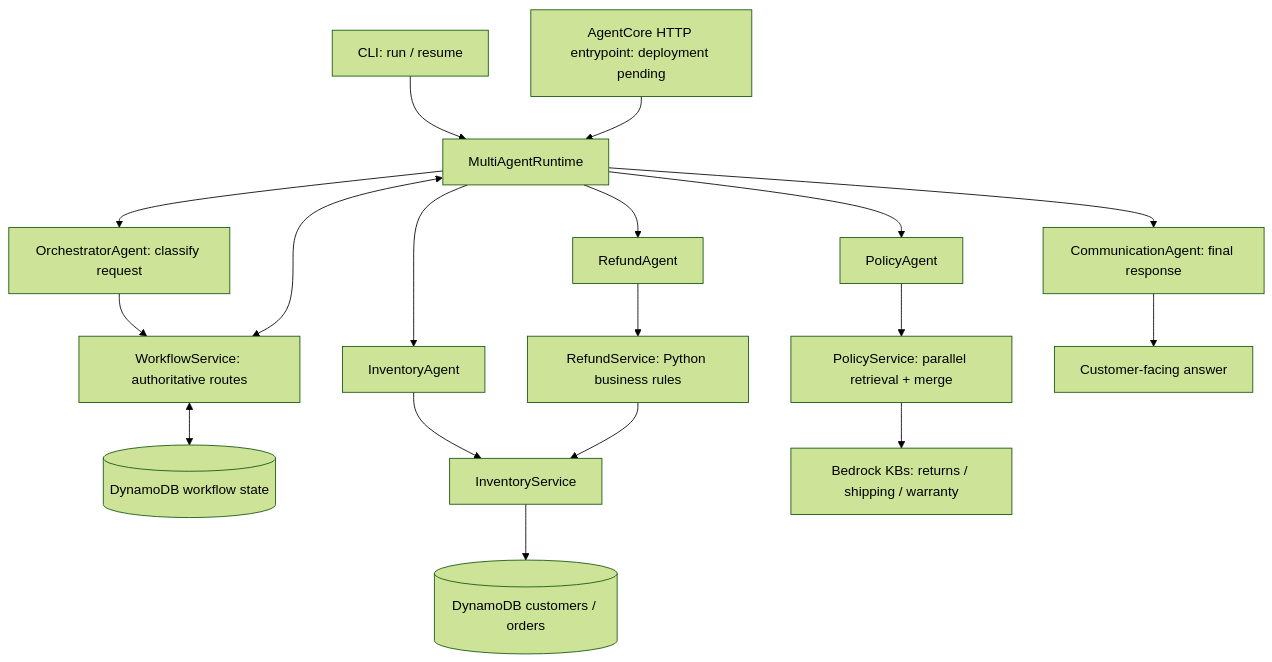
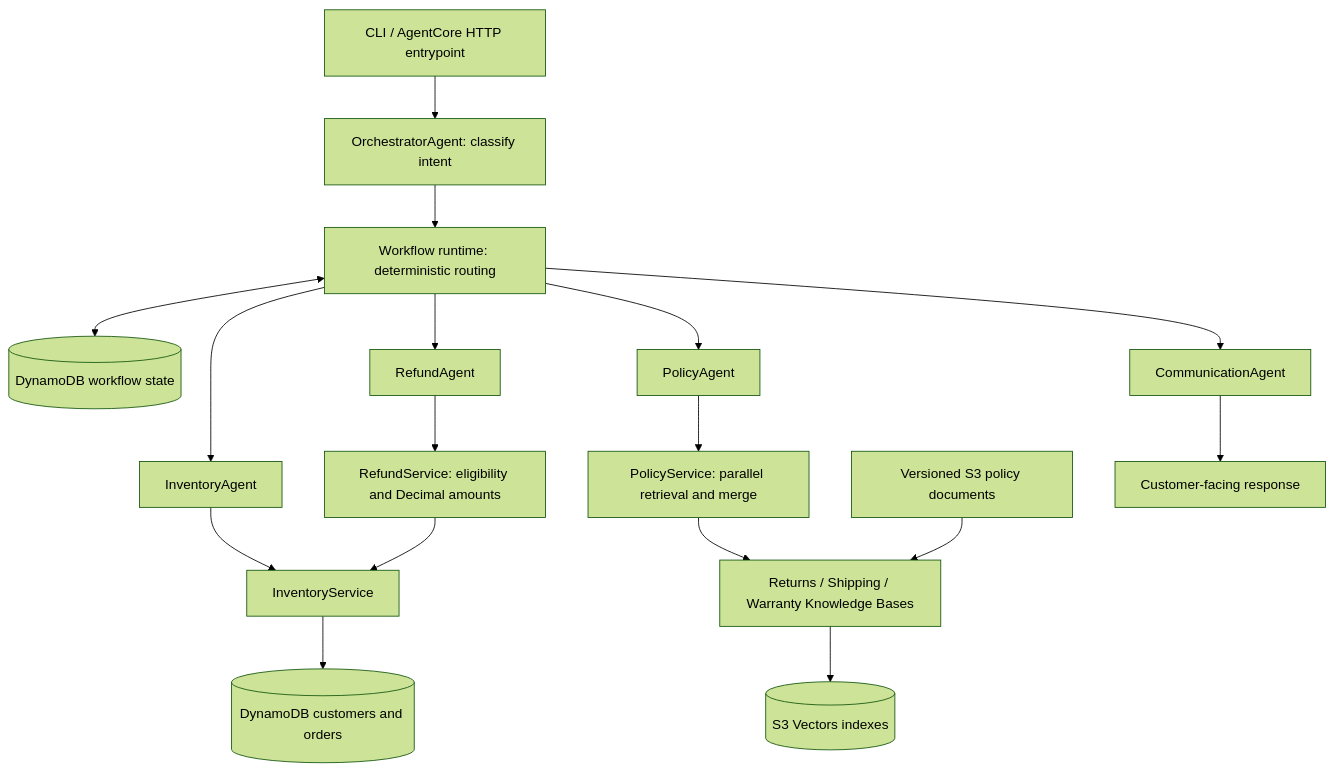
Before and after one commit to TripleJay23/novamart-multi-agent-support: the diagram in README.md, drawn with Mermaid (forest theme). The commit also changed other lines of this file, not shown here.

````diff
--- a/README.md
+++ b/README.md
@@ -66,20 +61,19 @@
 ```mermaid
 flowchart TD
-    CLI["CLI: run / resume"] --> RT["MultiAgentRuntime"]
-    HTTP["AgentCore HTTP entrypoint: deployment pending"] --> RT
-    RT --> O["OrchestratorAgent: classify request"]
-    O --> W["WorkflowService: authoritative routes"]
-    RT <--> W
-    W <--> DB[("DynamoDB workflow state")]
-    RT --> I["InventoryAgent"]
-    RT --> P["PolicyAgent"]
-    RT --> R["RefundAgent"]
-    RT --> C["CommunicationAgent: final response"]
-    I --> IS["InventoryService"]
-    IS --> DATA[("DynamoDB customers / orders")]
-    R --> RS["RefundService: Python business rules"]
-    RS --> IS
-    P --> PS["PolicyService: parallel retrieval + merge"]
-    PS --> KB["Bedrock KBs: returns / shipping / warranty"]
-    C --> OUT["Customer-facing answer"]
+    Entry["CLI / AgentCore HTTP entrypoint"] --> Orchestrator["OrchestratorAgent: classify intent"]
+    Orchestrator --> Runtime["Workflow runtime: deterministic routing"]
+    Runtime <--> State[("DynamoDB workflow state")]
+    Runtime --> Inventory["InventoryAgent"]
+    Runtime --> Policy["PolicyAgent"]
+    Runtime --> Refund["RefundAgent"]
+    Runtime --> Communication["CommunicationAgent"]
+    Inventory --> Facts["InventoryService"]
+    Refund --> Rules["RefundService: eligibility and Decimal amounts"]
+    Rules --> Facts
+    Facts --> Records[("DynamoDB customers and orders")]
+    Policy --> Retrieval["PolicyService: parallel retrieval and merge"]
+    Retrieval --> Knowledge["Returns / Shipping / Warranty Knowledge Bases"]
+    Documents["Versioned S3 policy documents"] --> Knowledge
+    Knowledge --> Vectors[("S3 Vectors indexes")]
+    Communication --> Answer["Customer-facing response"]
 ```
````
